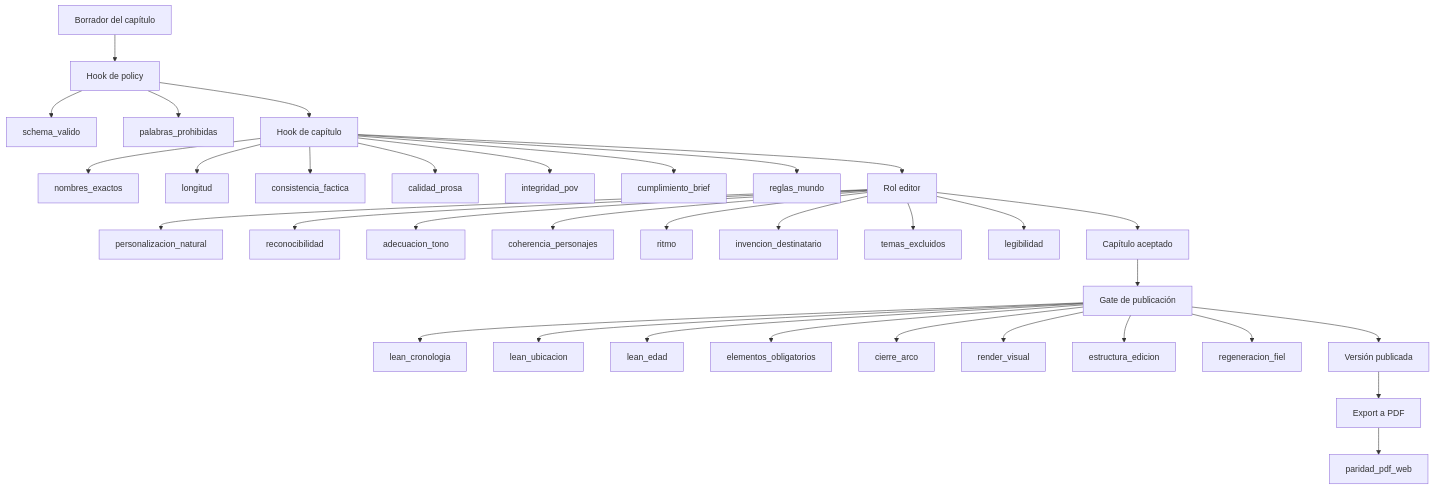
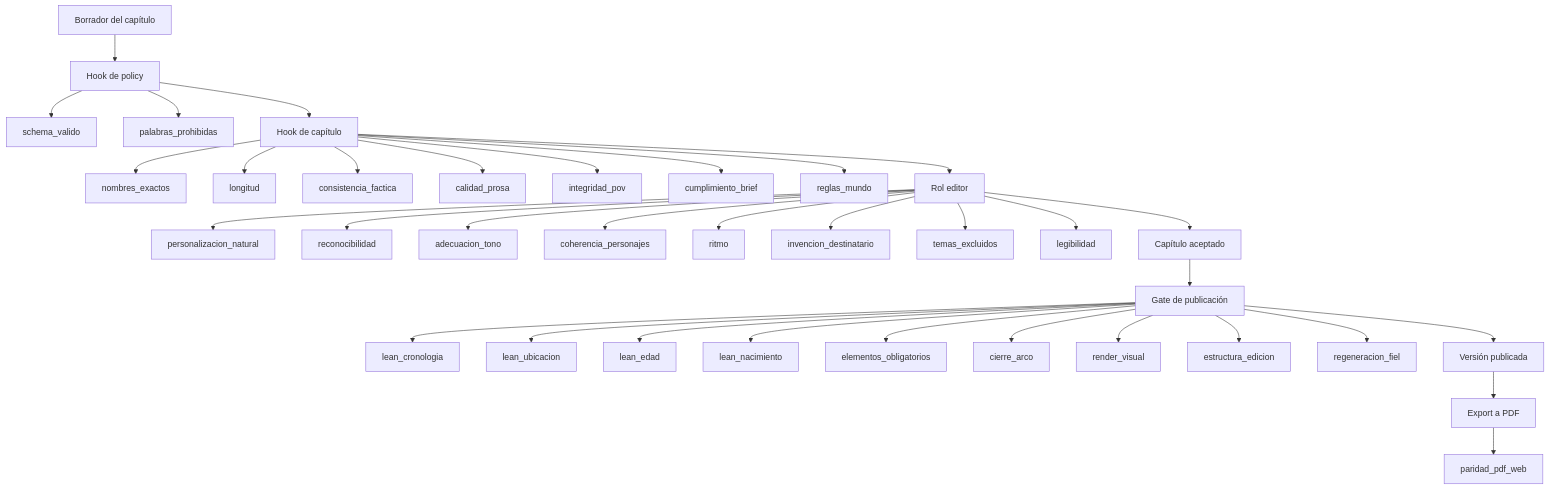
One commit to BrunoCrz3/MyStory changed diagram 14 of 23 in docs/domain-knowledge.md. Above: the diagram before and after it, drawn with Mermaid. The commit also changed other lines of this file and 3 other files, not shown here.

````diff
--- a/docs/domain-knowledge.md
+++ b/docs/domain-knowledge.md
@@ -280,36 +280,37 @@
 ```mermaid
 flowchart TD
   BOR[Borrador del capítulo] --> HP[Hook de policy]
   HP --> V1[schema_valido]
   HP --> V2[palabras_prohibidas]
   HP --> HC[Hook de capítulo]
   HC --> V3[nombres_exactos]
   HC --> V4[longitud]
   HC --> V5[consistencia_factica]
   HC --> V6[calidad_prosa]
   HC --> V7[integridad_pov]
   HC --> V8[cumplimiento_brief]
   HC --> V21[reglas_mundo]
   HC --> ED[Rol editor]
   ED --> V9[personalizacion_natural]
   ED --> V10[reconocibilidad]
   ED --> V11[adecuacion_tono]
   ED --> V12[coherencia_personajes]
   ED --> V13[ritmo]
   ED --> V22[invencion_destinatario]
   ED --> V23[temas_excluidos]
   ED --> V24[legibilidad]
   ED --> ACP[Capítulo aceptado]
   ACP --> GT[Gate de publicación]
   GT --> V14[lean_cronologia]
   GT --> V15[lean_ubicacion]
   GT --> V16[lean_edad]
+  GT --> V27[lean_nacimiento]
   GT --> V17[elementos_obligatorios]
   GT --> V18[cierre_arco]
   GT --> V19[render_visual]
   GT --> V25[estructura_edicion]
   GT --> V26[regeneracion_fiel]
   GT --> PUB[Versión publicada]
   PUB --> EXP[Export a PDF]
   EXP --> V20[paridad_pdf_web]
 ```
````
